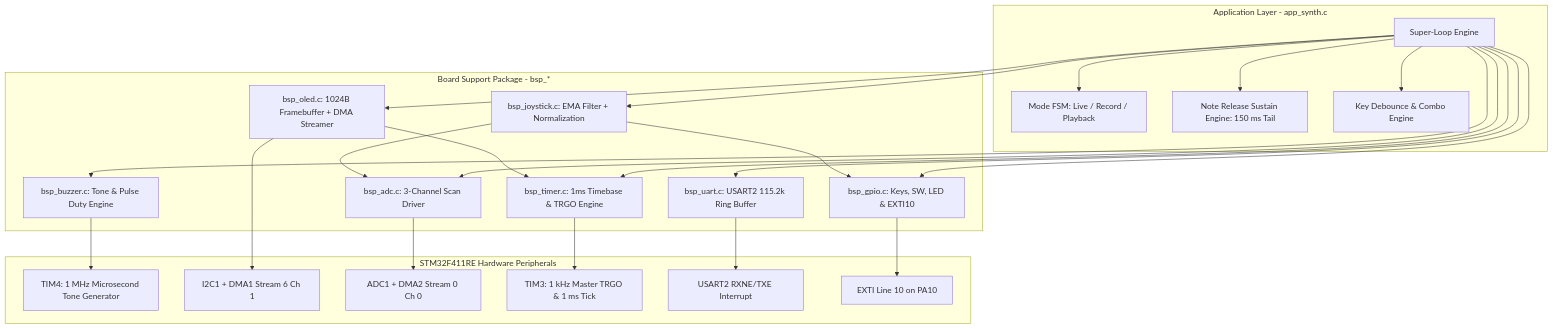
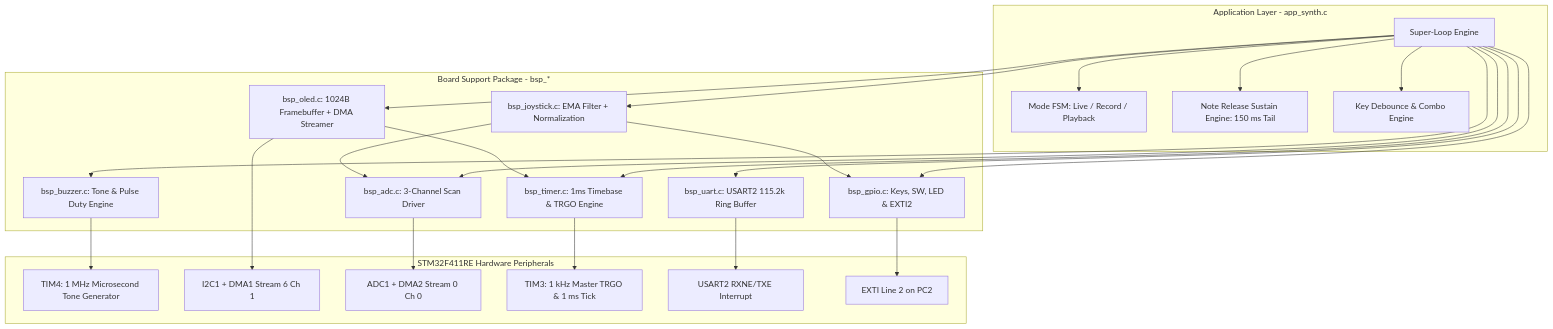
Before and after one commit to peerapas-sr/STM32f411-synthesizer: the diagram in README.md, drawn with Mermaid. The commit also changed other lines of this file and 7 other files, not shown here.

````diff
--- a/README.md
+++ b/README.md
@@ -41,49 +41,49 @@
 ```mermaid
 graph TD
     subgraph Application_Layer [Application Layer - app_synth.c]
         MainLoop[Super-Loop Engine]
         SeqFSM[Mode FSM: Live / Record / Playback]
         SustainEng[Note Release Sustain Engine: 150 ms Tail]
         KeyDebounce[Key Debounce & Combo Engine]
     end
 
     subgraph BSP_Drivers [Board Support Package - bsp_*]
         BSP_Buzzer[bsp_buzzer.c: Tone & Pulse Duty Engine]
         BSP_OLED[bsp_oled.c: 1024B Framebuffer + DMA Streamer]
         BSP_ADC[bsp_adc.c: 3-Channel Scan Driver]
         BSP_Joy[bsp_joystick.c: EMA Filter + Normalization]
         BSP_UART[bsp_uart.c: USART2 115.2k Ring Buffer]
         BSP_Timer[bsp_timer.c: 1ms Timebase & TRGO Engine]
-        BSP_GPIO[bsp_gpio.c: Keys, SW, LED & EXTI10]
+        BSP_GPIO[bsp_gpio.c: Keys, SW, LED & EXTI2]
     end
 
     subgraph STM32F411_Hardware [STM32F411RE Hardware Peripherals]
         TIM4[TIM4: 1 MHz Microsecond Tone Generator]
         I2C1_DMA1[I2C1 + DMA1 Stream 6 Ch 1]
         ADC1_DMA2[ADC1 + DMA2 Stream 0 Ch 0]
         TIM3[TIM3: 1 kHz Master TRGO & 1 ms Tick]
         USART2[USART2 RXNE/TXE Interrupt]
-        EXTI10[EXTI Line 10 on PA10]
+        EXTI2[EXTI Line 2 on PC2]
     end
 
     MainLoop --> SeqFSM
     MainLoop --> SustainEng
     MainLoop --> KeyDebounce
     MainLoop --> BSP_OLED
     MainLoop --> BSP_Buzzer
     MainLoop --> BSP_Joy
     MainLoop --> BSP_UART
     MainLoop --> BSP_ADC
     MainLoop --> BSP_GPIO
     MainLoop --> BSP_Timer
     BSP_Joy --> BSP_ADC
     BSP_Joy --> BSP_GPIO
     BSP_OLED --> BSP_Timer
 
     BSP_Buzzer --> TIM4
     BSP_OLED --> I2C1_DMA1
     BSP_ADC --> ADC1_DMA2
     BSP_Timer --> TIM3
     BSP_UART --> USART2
-    BSP_GPIO --> EXTI10
+    BSP_GPIO --> EXTI2
 ```
````
